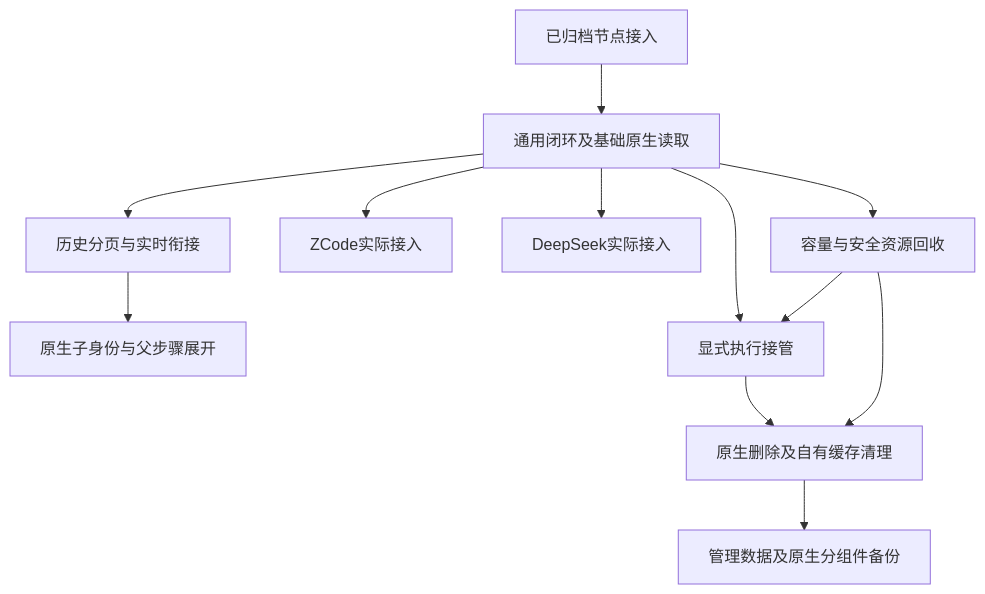
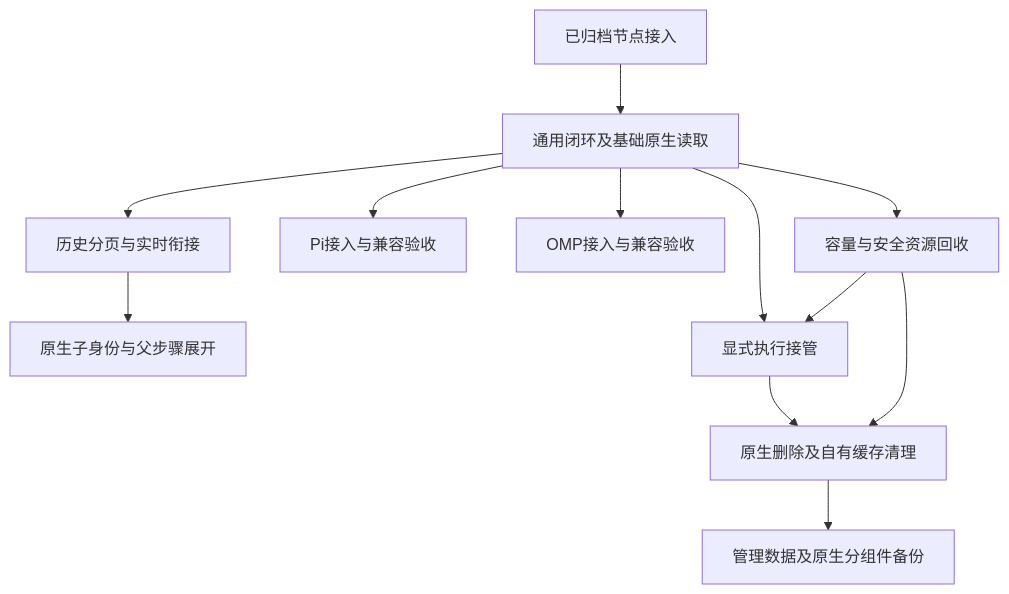
The diagram in docs/REBUILD_CAPABILITY_MAP.md (lindongfang/acp-remote), drawn with Mermaid before and after one commit. The commit also changed other lines of this file and 42 other files, not shown here.

````diff
--- a/docs/REBUILD_CAPABILITY_MAP.md
+++ b/docs/REBUILD_CAPABILITY_MAP.md
@@ -39,14 +41,14 @@
 ```mermaid
 flowchart TD
   A[已归档节点接入] --> B[通用闭环及基础原生读取]
   B --> C[历史分页与实时衔接]
-  B --> D[ZCode实际接入]
-  B --> E[DeepSeek实际接入]
+  B --> D[Pi接入与兼容验收]
+  B --> E[OMP接入与兼容验收]
   C --> F[原生子身份与父步骤展开]
   B --> G[容量与安全资源回收]
   B --> H[显式执行接管]
   G --> H
   H --> I[原生删除及自有缓存清理]
   G --> I
   I --> J[管理数据及原生分组件备份]
 ```
````
